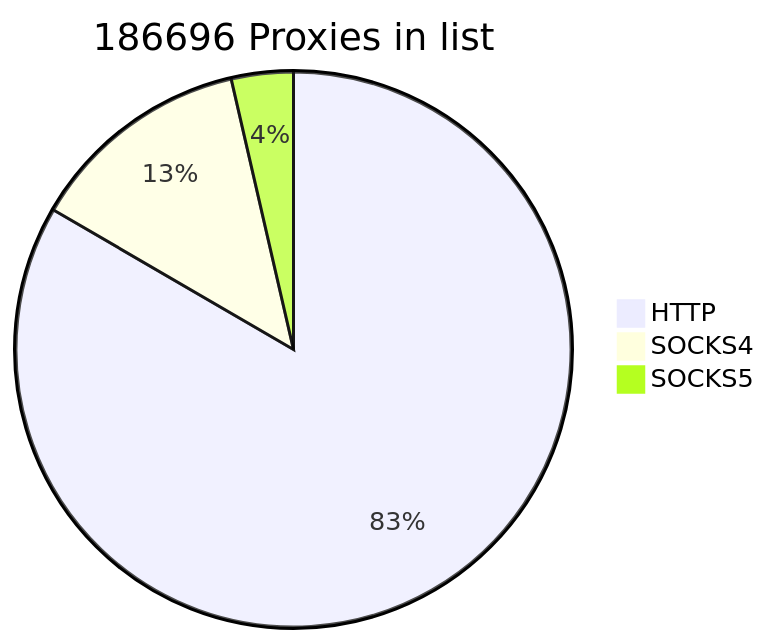
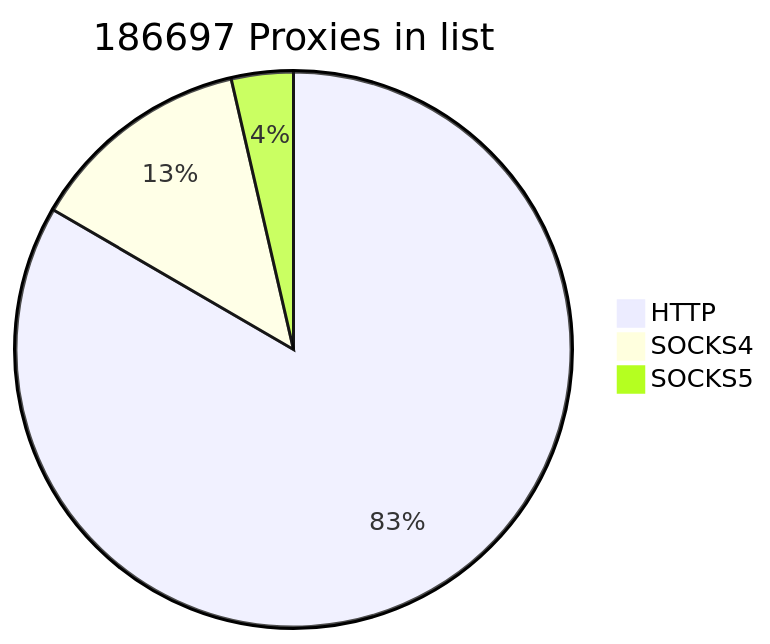
Before and after one commit to cutipu/proxylist: the first of 2 diagrams in README.md, drawn with Mermaid. The commit also changed other lines of this file, not shown here.

````diff
--- a/README.md
+++ b/README.md
@@ -2,7 +2,7 @@
 ```mermaid
-pie title 186696 Proxies in list
+pie title 186697 Proxies in list
     "HTTP" : 155676
     "SOCKS4" : 24296
-    "SOCKS5" : 6724
+    "SOCKS5" : 6725
             
 ```
````
